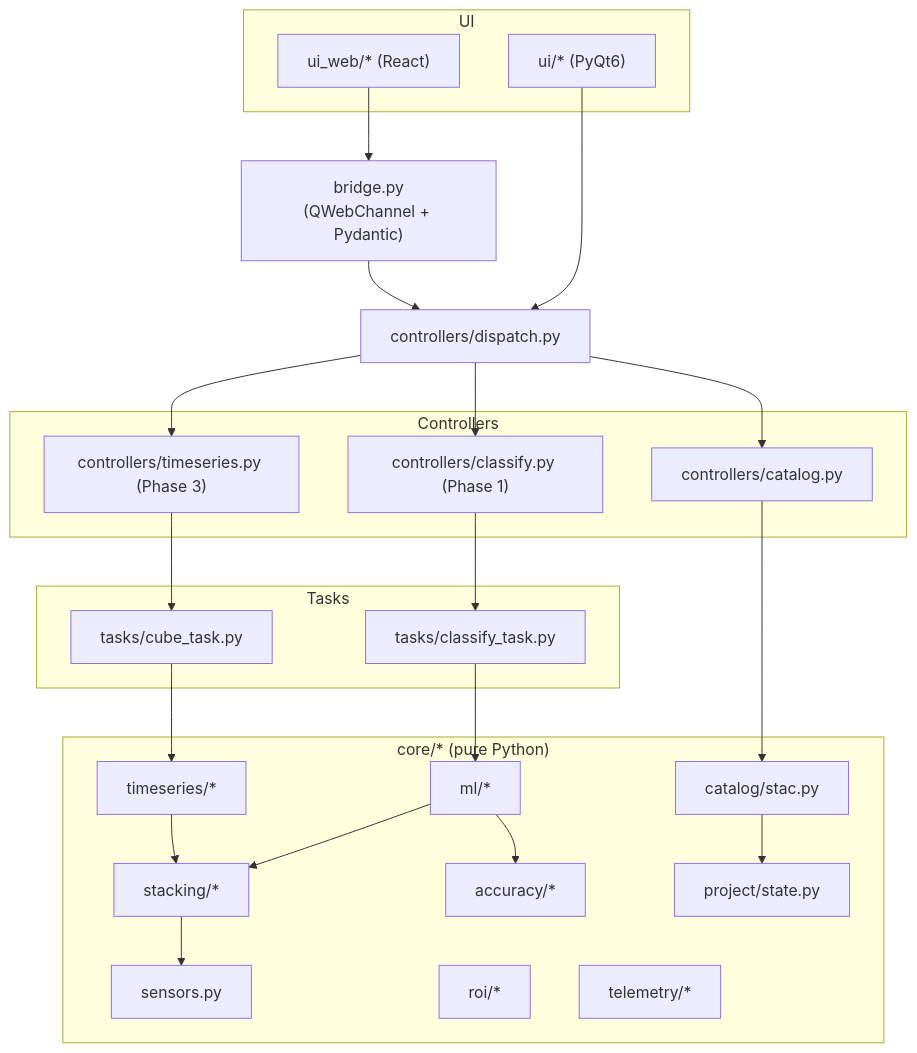
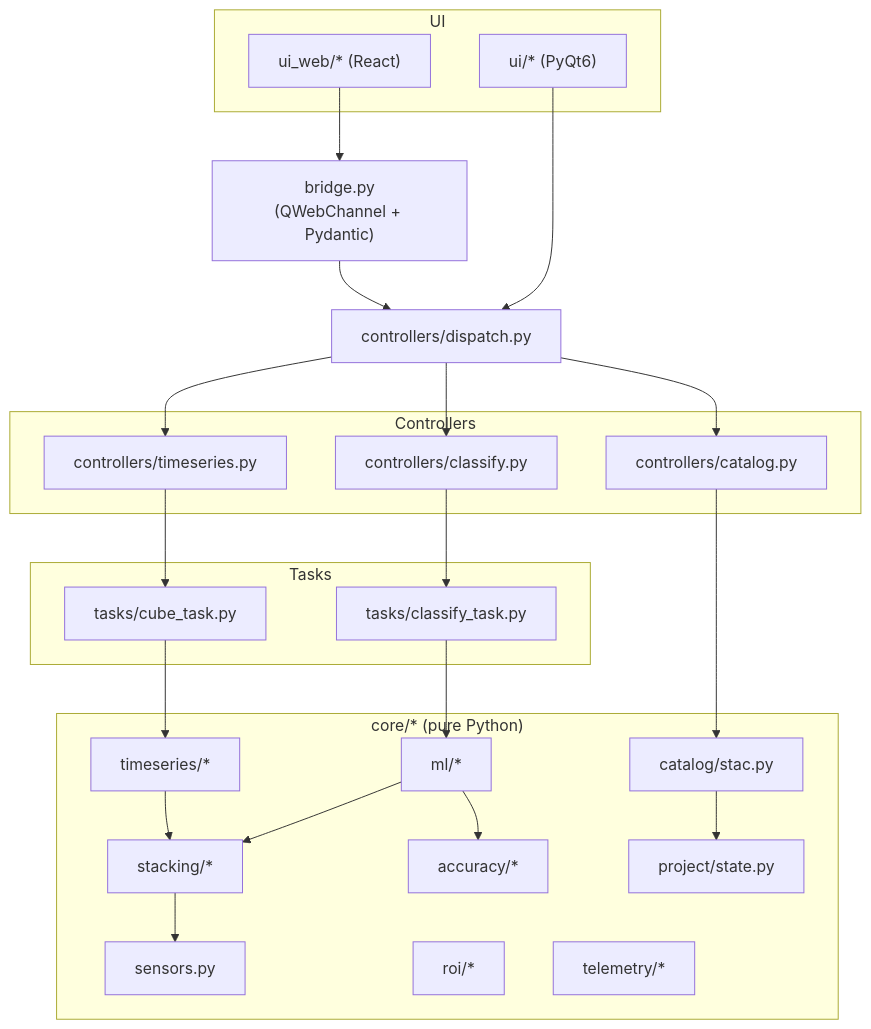
One commit to Arnedeklerk/terranova changed the diagram in docs/architecture.md. Above: the diagram before and after it, drawn with Mermaid. The commit also changed other lines of this file and 59 other files, not shown here.

````diff
--- a/docs/architecture.md
+++ b/docs/architecture.md
@@ -60,50 +60,50 @@
 ```mermaid
 flowchart TD
     subgraph UI
         Native["ui/* (PyQt6)"]
         Web["ui_web/* (React)"]
     end
 
     Bridge["bridge.py\n(QWebChannel + Pydantic)"]
     Dispatch["controllers/dispatch.py"]
 
     subgraph Controllers
         CtlCatalog["controllers/catalog.py"]
-        CtlClassify["controllers/classify.py (Phase 1)"]
-        CtlTimeseries["controllers/timeseries.py (Phase 3)"]
+        CtlClassify["controllers/classify.py"]
+        CtlTimeseries["controllers/timeseries.py"]
     end
 
     subgraph Tasks
         ClassifyTask["tasks/classify_task.py"]
         CubeTask["tasks/cube_task.py"]
     end
 
     subgraph Core["core/* (pure Python)"]
         Catalog["catalog/stac.py"]
         Stacking["stacking/*"]
         ML["ml/*"]
         TS["timeseries/*"]
         Accuracy["accuracy/*"]
         Sensors["sensors.py"]
         ROI["roi/*"]
         State["project/state.py"]
         Telemetry["telemetry/*"]
     end
 
     Web --> Bridge
     Native --> Dispatch
     Bridge --> Dispatch
     Dispatch --> CtlCatalog
     Dispatch --> CtlClassify
     Dispatch --> CtlTimeseries
 
     CtlCatalog --> Catalog
     CtlClassify --> ClassifyTask --> ML
     CtlTimeseries --> CubeTask --> TS
 
     ML --> Stacking
     TS --> Stacking
     Stacking --> Sensors
     Catalog --> State
     ML --> Accuracy
 ```
````
